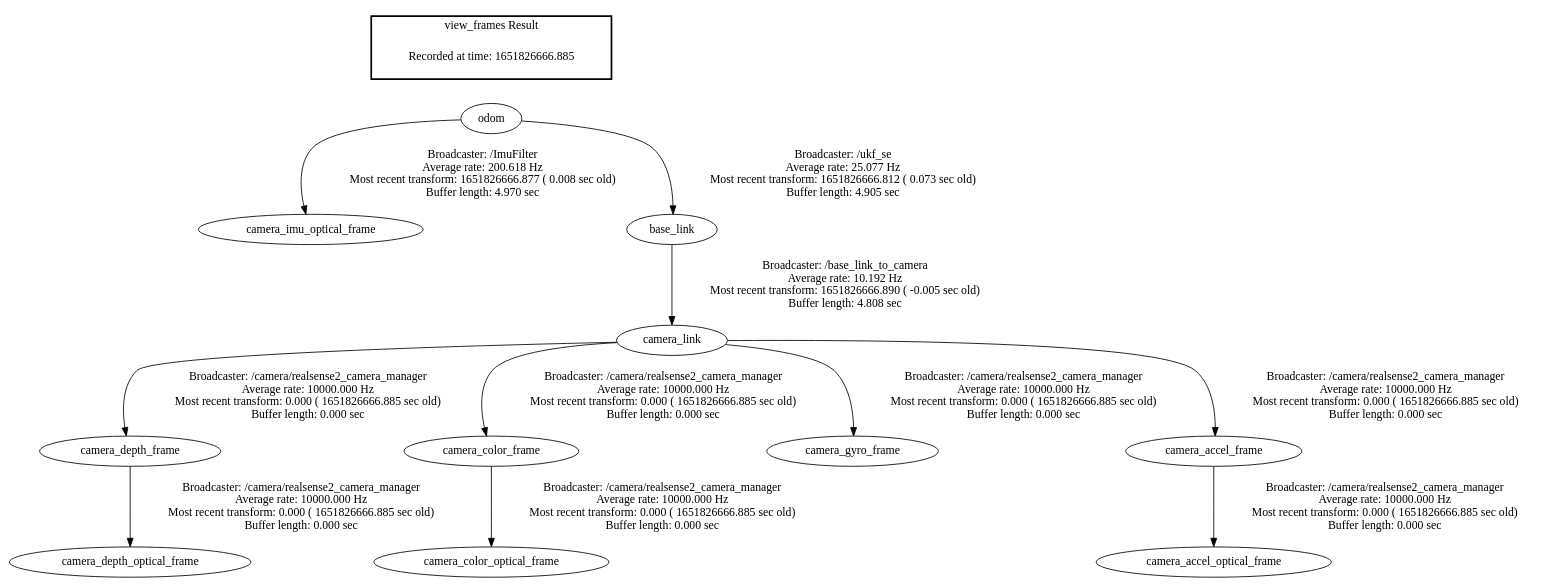
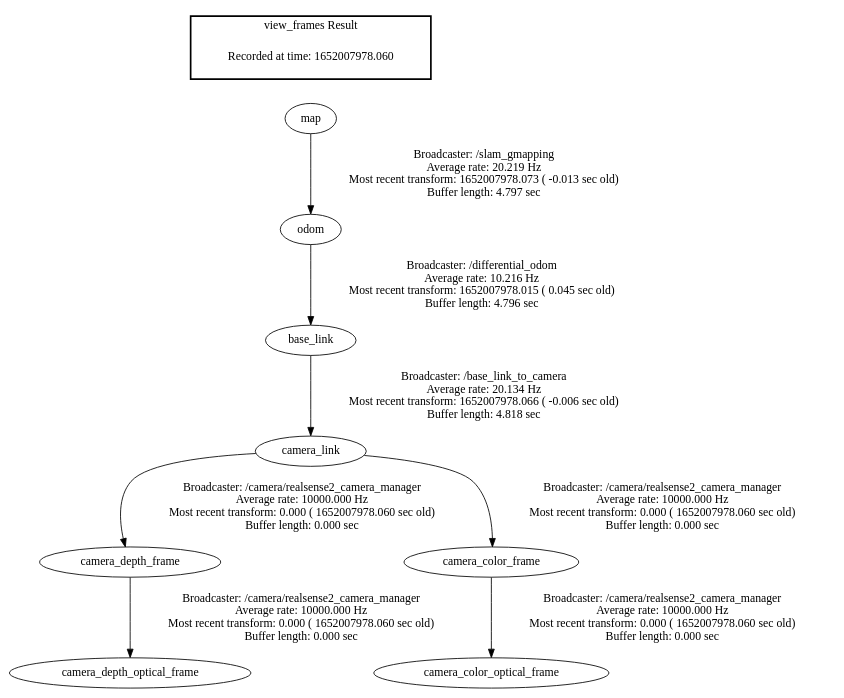
The diagram in launch/frames.gv (Honza0297/ros-trilobot), drawn with Graphviz before and after one commit. The commit also changed 15 other files, not shown here.

```diff
--- a/launch/frames.gv
+++ b/launch/frames.gv
@@ -1,16 +1,13 @@
 digraph G {
-"odom" -> "camera_imu_optical_frame"[label="Broadcaster: /ImuFilter\nAverage rate: 200.618 Hz\nMost recent transform: 1651826666.877 ( 0.008 sec old)\nBuffer length: 4.970 sec\n"];
-"camera_link" -> "camera_depth_frame"[label="Broadcaster: /camera/realsense2_camera_manager\nAverage rate: 10000.000 Hz\nMost recent transform: 0.000 ( 1651826666.885 sec old)\nBuffer length: 0.000 sec\n"];
-"base_link" -> "camera_link"[label="Broadcaster: /base_link_to_camera\nAverage rate: 10.192 Hz\nMost recent transform: 1651826666.890 ( -0.005 sec old)\nBuffer length: 4.808 sec\n"];
-"camera_depth_frame" -> "camera_depth_optical_frame"[label="Broadcaster: /camera/realsense2_camera_manager\nAverage rate: 10000.000 Hz\nMost recent transform: 0.000 ( 1651826666.885 sec old)\nBuffer length: 0.000 sec\n"];
-"camera_link" -> "camera_color_frame"[label="Broadcaster: /camera/realsense2_camera_manager\nAverage rate: 10000.000 Hz\nMost recent transform: 0.000 ( 1651826666.885 sec old)\nBuffer length: 0.000 sec\n"];
-"camera_color_frame" -> "camera_color_optical_frame"[label="Broadcaster: /camera/realsense2_camera_manager\nAverage rate: 10000.000 Hz\nMost recent transform: 0.000 ( 1651826666.885 sec old)\nBuffer length: 0.000 sec\n"];
-"camera_link" -> "camera_gyro_frame"[label="Broadcaster: /camera/realsense2_camera_manager\nAverage rate: 10000.000 Hz\nMost recent transform: 0.000 ( 1651826666.885 sec old)\nBuffer length: 0.000 sec\n"];
-"camera_link" -> "camera_accel_frame"[label="Broadcaster: /camera/realsense2_camera_manager\nAverage rate: 10000.000 Hz\nMost recent transform: 0.000 ( 1651826666.885 sec old)\nBuffer length: 0.000 sec\n"];
-"camera_accel_frame" -> "camera_accel_optical_frame"[label="Broadcaster: /camera/realsense2_camera_manager\nAverage rate: 10000.000 Hz\nMost recent transform: 0.000 ( 1651826666.885 sec old)\nBuffer length: 0.000 sec\n"];
-"odom" -> "base_link"[label="Broadcaster: /ukf_se\nAverage rate: 25.077 Hz\nMost recent transform: 1651826666.812 ( 0.073 sec old)\nBuffer length: 4.905 sec\n"];
+"camera_link" -> "camera_depth_frame"[label="Broadcaster: /camera/realsense2_camera_manager\nAverage rate: 10000.000 Hz\nMost recent transform: 0.000 ( 1652007978.060 sec old)\nBuffer length: 0.000 sec\n"];
+"base_link" -> "camera_link"[label="Broadcaster: /base_link_to_camera\nAverage rate: 20.134 Hz\nMost recent transform: 1652007978.066 ( -0.006 sec old)\nBuffer length: 4.818 sec\n"];
+"camera_depth_frame" -> "camera_depth_optical_frame"[label="Broadcaster: /camera/realsense2_camera_manager\nAverage rate: 10000.000 Hz\nMost recent transform: 0.000 ( 1652007978.060 sec old)\nBuffer length: 0.000 sec\n"];
+"camera_link" -> "camera_color_frame"[label="Broadcaster: /camera/realsense2_camera_manager\nAverage rate: 10000.000 Hz\nMost recent transform: 0.000 ( 1652007978.060 sec old)\nBuffer length: 0.000 sec\n"];
+"camera_color_frame" -> "camera_color_optical_frame"[label="Broadcaster: /camera/realsense2_camera_manager\nAverage rate: 10000.000 Hz\nMost recent transform: 0.000 ( 1652007978.060 sec old)\nBuffer length: 0.000 sec\n"];
+"odom" -> "base_link"[label="Broadcaster: /differential_odom\nAverage rate: 10.216 Hz\nMost recent transform: 1652007978.015 ( 0.045 sec old)\nBuffer length: 4.796 sec\n"];
+"map" -> "odom"[label="Broadcaster: /slam_gmapping\nAverage rate: 20.219 Hz\nMost recent transform: 1652007978.073 ( -0.013 sec old)\nBuffer length: 4.797 sec\n"];
 edge [style=invis];
  subgraph cluster_legend { style=bold; color=black; label ="view_frames Result";
-"Recorded at time: 1651826666.885"[ shape=plaintext ] ;
- }->"odom";
+"Recorded at time: 1652007978.060"[ shape=plaintext ] ;
+ }->"map";
 }
```
